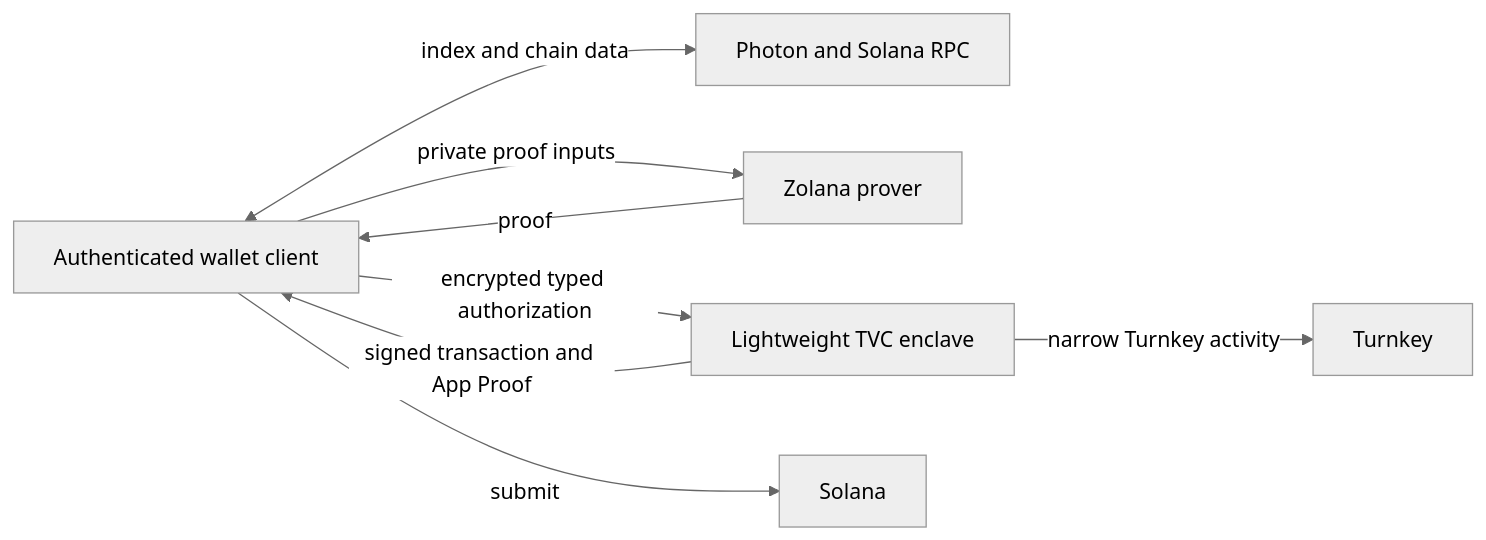
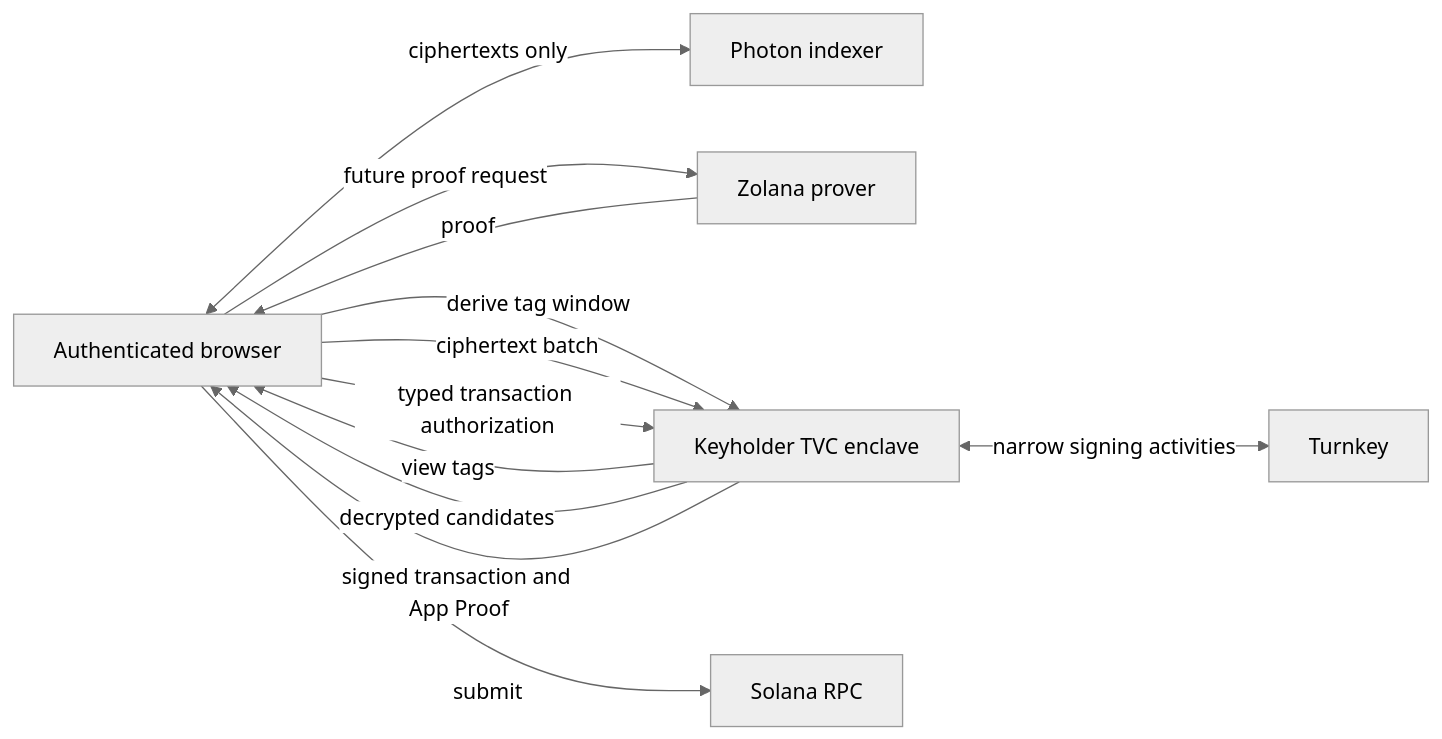
The diagram in apps/keyholder-wallet/ARCHITECTURE.md (helius-labs/zolana-tvc), drawn with Mermaid (neutral theme) before and after one commit. The commit also changed other lines of this file, not shown here.

Commit message:
docs(keyholder): describe implemented architecture

````diff
--- a/apps/keyholder-wallet/ARCHITECTURE.md
+++ b/apps/keyholder-wallet/ARCHITECTURE.md
@@ -35,17 +20,21 @@
 ```mermaid
 flowchart LR
-    C[Authenticated wallet client]
-    I[Photon and Solana RPC]
+    B[Authenticated browser]
+    I[Photon indexer]
     P[Zolana prover]
-    T[Lightweight TVC enclave]
+    T[Keyholder TVC enclave]
     K[Turnkey]
-    S[Solana]
+    S[Solana RPC]
 
-    C <-->|index and chain data| I
-    C -->|private proof inputs| P
-    P -->|proof| C
-    C -->|encrypted typed authorization| T
-    T -->|narrow Turnkey activity| K
-    T -->|signed transaction and App Proof| C
-    C -->|submit| S
+    B -->|derive tag window| T
+    T -->|view tags| B
+    B <-->|ciphertexts only| I
+    B -->|ciphertext batch| T
+    T -->|decrypted candidates| B
+    B -->|future proof request| P
+    P -->|proof| B
+    B -->|typed transaction authorization| T
+    T <-->|narrow signing activities| K
+    T -->|signed transaction and App Proof| B
+    B -->|submit| S
 ```
````
